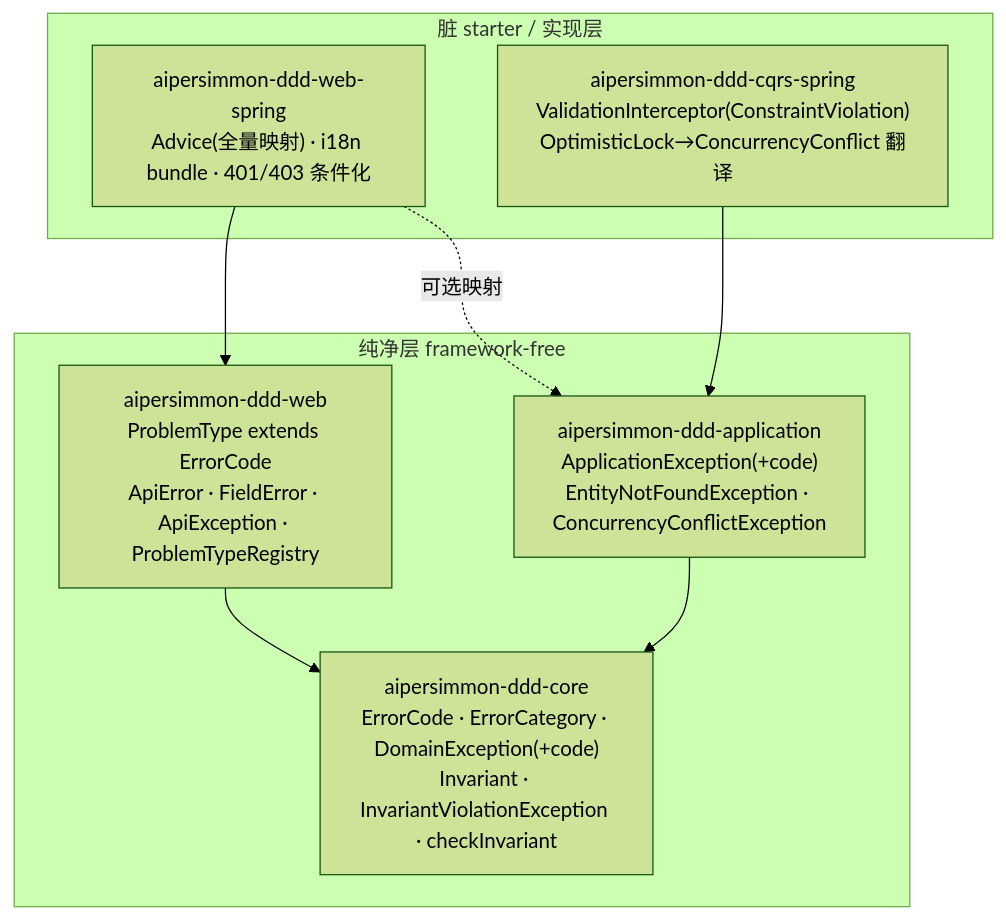
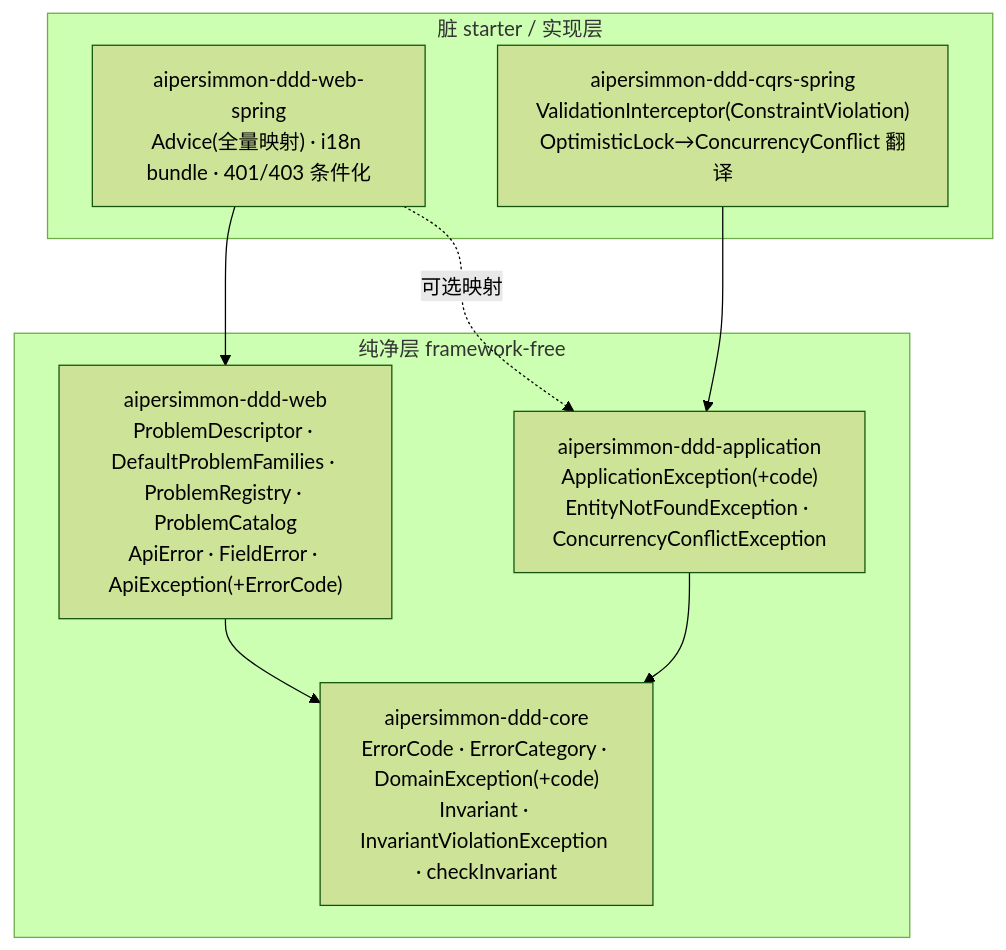
The first of 3 diagrams in docs/design/design-00003-exception-model.md (ryan-alexander-zhang/ai-native-project-template), drawn with Mermaid (forest theme) before and after one commit. The commit also changed other lines of this file and 3 other files, not shown here.

First line of the commit message:
docs(exception-model): document ErrorCode → ProblemDescriptor composition (C+)

````diff
--- a/docs/design/design-00003-exception-model.md
+++ b/docs/design/design-00003-exception-model.md
@@ -43,18 +43,18 @@
 ```mermaid
 flowchart TD
   subgraph pure["纯净层 framework-free"]
     core["aipersimmon-ddd-core<br/>ErrorCode · ErrorCategory · DomainException(+code)<br/>Invariant · InvariantViolationException · checkInvariant"]
     app["aipersimmon-ddd-application<br/>ApplicationException(+code)<br/>EntityNotFoundException · ConcurrencyConflictException"]
-    web["aipersimmon-ddd-web<br/>ProblemType extends ErrorCode<br/>ApiError · FieldError · ApiException · ProblemTypeRegistry"]
+    web["aipersimmon-ddd-web<br/>ProblemDescriptor · DefaultProblemFamilies · ProblemRegistry · ProblemCatalog<br/>ApiError · FieldError · ApiException(+ErrorCode)"]
   end
   subgraph dirty["脏 starter / 实现层"]
     webspring["aipersimmon-ddd-web-spring<br/>Advice(全量映射) · i18n bundle · 401/403 条件化"]
     cqrsspring["aipersimmon-ddd-cqrs-spring<br/>ValidationInterceptor(ConstraintViolation)<br/>OptimisticLock→ConcurrencyConflict 翻译"]
   end
 
   app --> core
   web --> core
   webspring --> web
   webspring -. 可选映射 .-> app
   cqrsspring --> app
 ```
````
